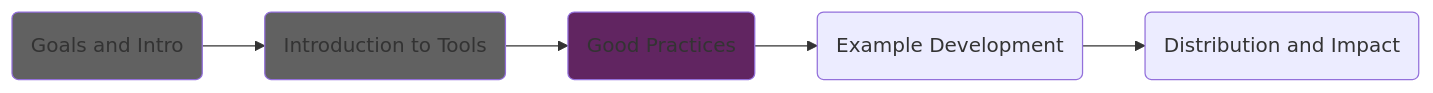
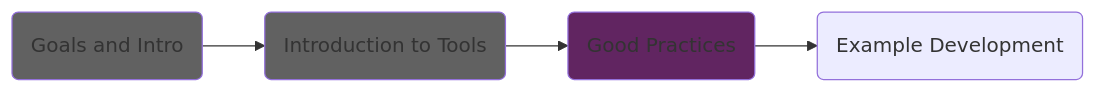
The third of 4 diagrams in index.qmd (Climate-Dynamics/research-software-workshop), drawn with Mermaid before and after one commit. The commit also changed other lines of this file and 44 other files, not shown here.

````diff
--- a/index.qmd
+++ b/index.qmd
@@ -470,10 +481,9 @@
 ```{mermaid}
 flowchart LR
   A(Goals and Intro) --> B(Introduction to Tools)
   B --> C(Good Practices)
   C --> D(Example Development)
-  D --> E(Distribution and Impact)
   style A fill:#616161
   style B fill:#616161
   style C fill:#612561
 ```
````
